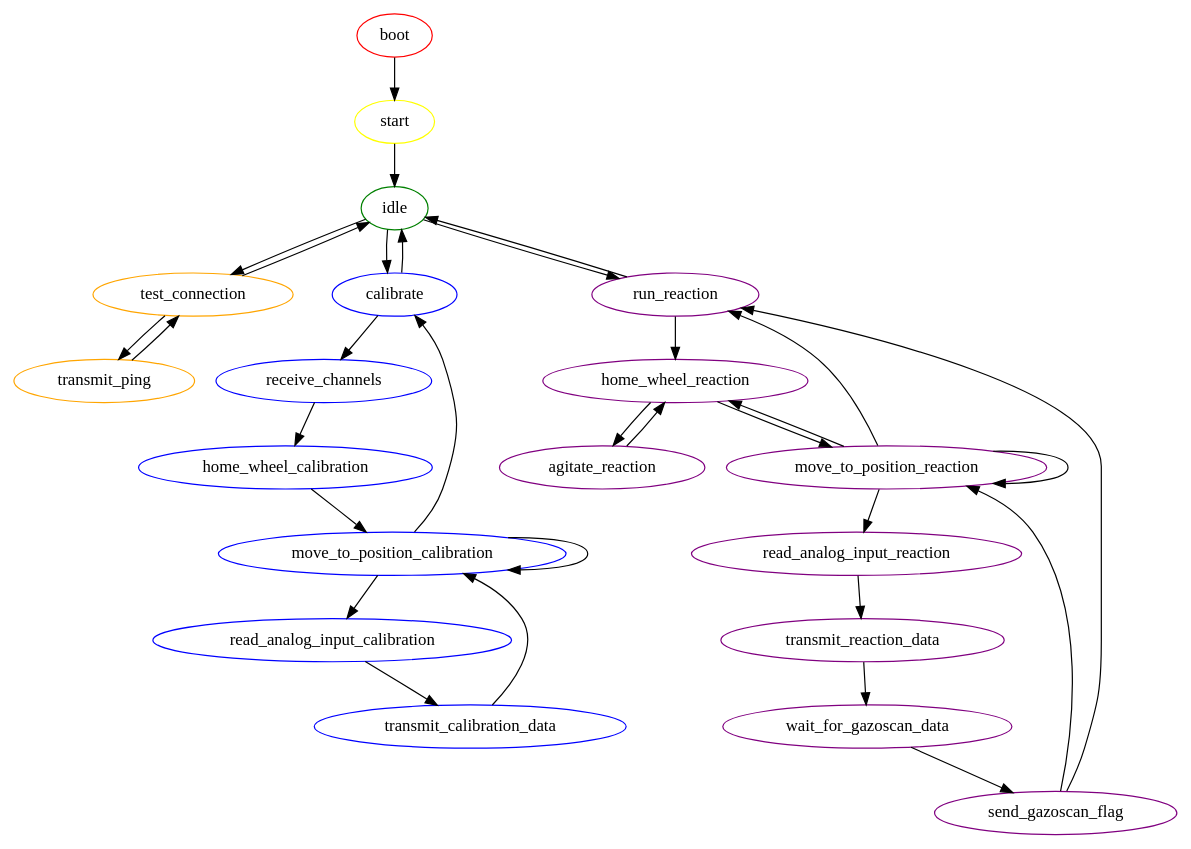
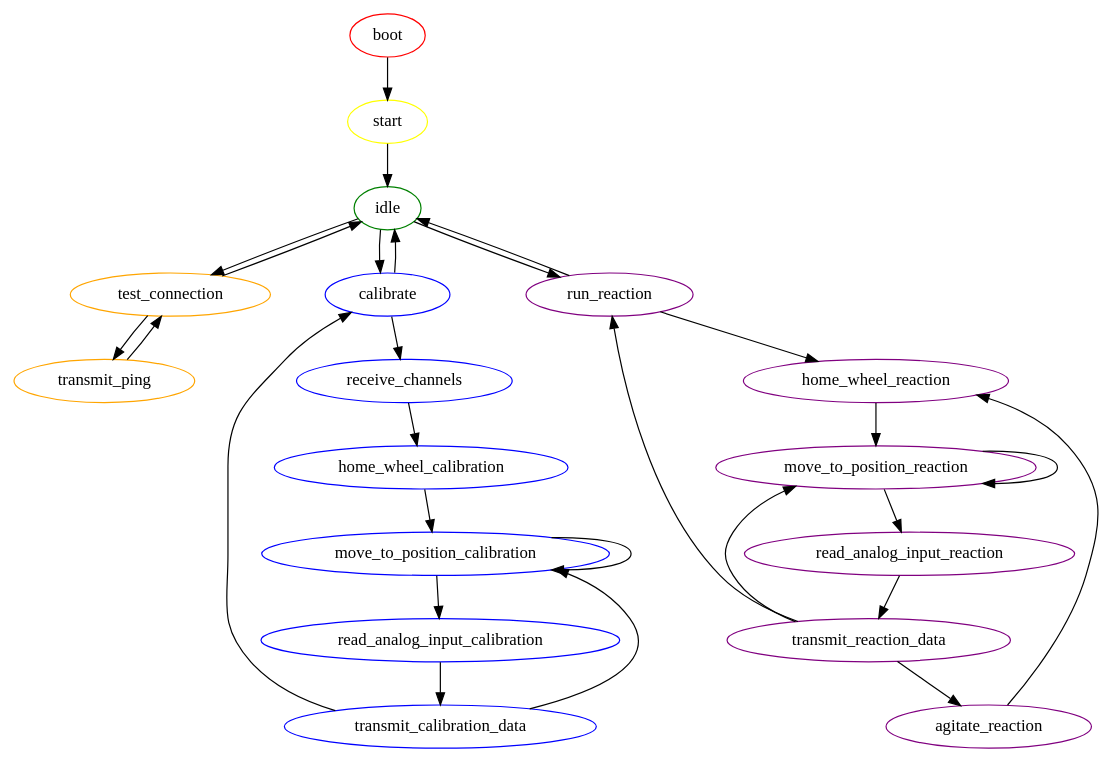
Before and after one commit to ElliotScher/Incubator: the diagram in ArduinoFSM.dot, drawn with Graphviz. The commit also changed 3 other files, not shown here.

```diff
--- a/ArduinoFSM.dot
+++ b/ArduinoFSM.dot
@@ -1,62 +1,55 @@
 digraph {
     boot [color = red]
     start [color = yellow]
     idle [color = green]
 
     test_connection [color = orange]
     transmit_ping [color = orange]
 
     calibrate [color = blue]
     receive_channels [color = blue]
     home_wheel_calibration [color = blue]
     move_to_position_calibration [color = blue] // one full rotation backwards, then forwards to position
     read_analog_input_calibration [color = blue] // mean over 3 second
     transmit_calibration_data [color = blue]
 
     run_reaction [color = purple]
     home_wheel_reaction [color = purple]
     agitate_reaction [color = purple]
     move_to_position_reaction [color = purple] // one full rotation backwards, then forwards to position
     read_analog_input_reaction [color = purple]
     transmit_reaction_data [color = purple]
-    wait_for_gazoscan_data [color = purple]
-    send_gazoscan_flag [color = purple]
 
     boot -> start
 
     start -> idle
 
     idle -> test_connection
     idle -> calibrate
     idle -> run_reaction
 
     test_connection -> idle
     test_connection -> transmit_ping
     transmit_ping -> test_connection
 
-
     calibrate -> idle
     calibrate -> receive_channels
     receive_channels -> home_wheel_calibration
     home_wheel_calibration -> move_to_position_calibration
     move_to_position_calibration -> read_analog_input_calibration
     move_to_position_calibration -> move_to_position_calibration
     read_analog_input_calibration -> transmit_calibration_data
     transmit_calibration_data -> move_to_position_calibration
-    move_to_position_calibration -> calibrate
+    transmit_calibration_data -> calibrate
 
     run_reaction -> idle
     run_reaction -> home_wheel_reaction
-    home_wheel_reaction -> agitate_reaction
     home_wheel_reaction -> move_to_position_reaction
     agitate_reaction -> home_wheel_reaction
-    move_to_position_reaction -> home_wheel_reaction
     move_to_position_reaction -> read_analog_input_reaction
     move_to_position_reaction -> move_to_position_reaction
-    move_to_position_reaction -> run_reaction
     read_analog_input_reaction -> transmit_reaction_data
-    transmit_reaction_data -> wait_for_gazoscan_data
-    wait_for_gazoscan_data -> send_gazoscan_flag
-    send_gazoscan_flag -> run_reaction
-    send_gazoscan_flag -> move_to_position_reaction
+    transmit_reaction_data -> move_to_position_reaction
+    transmit_reaction_data -> agitate_reaction
+    transmit_reaction_data -> run_reaction
 }
```
